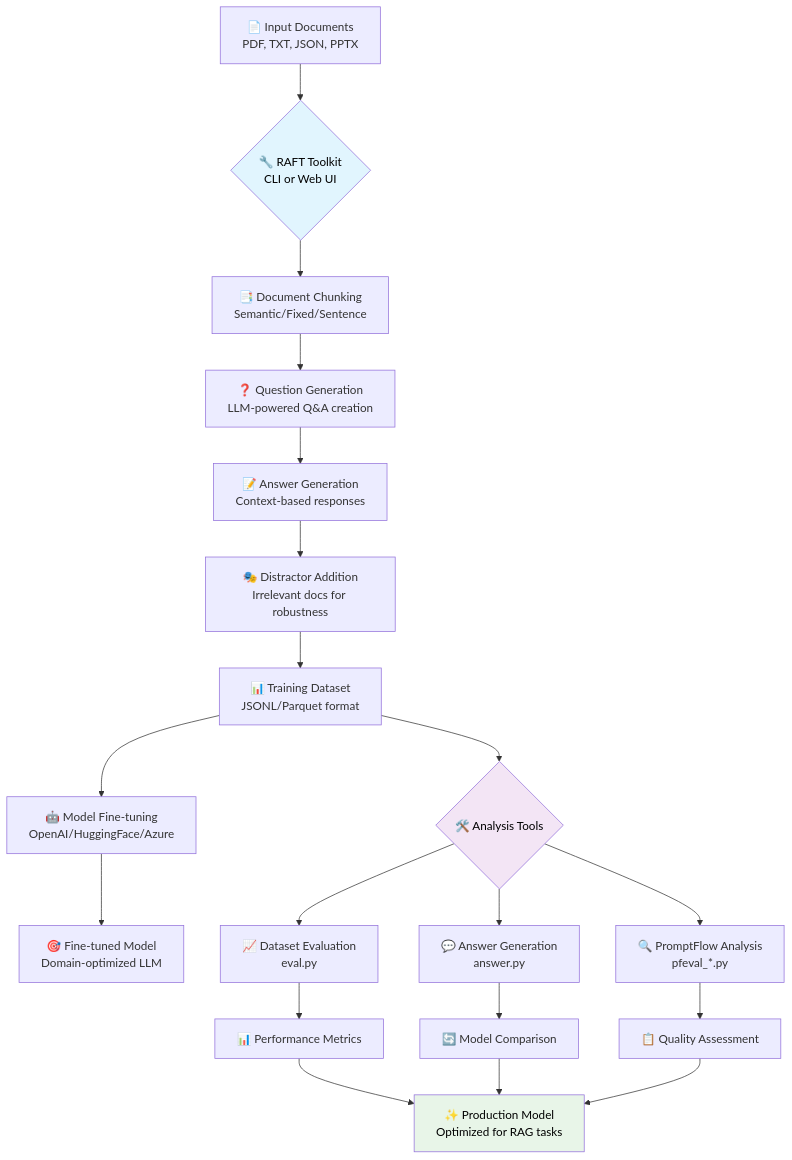
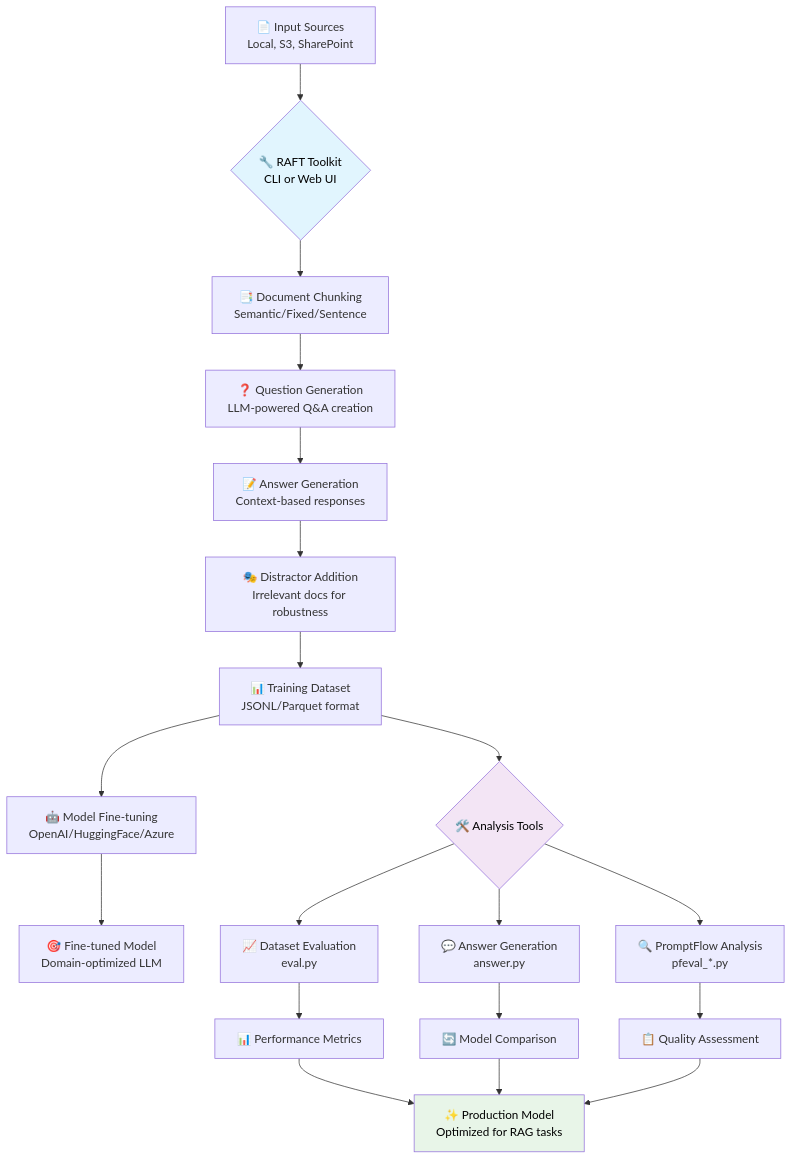
The diagram in README.md (MakerCorn/raft-toolkit), drawn with Mermaid before and after one commit. The commit also changed other lines of this file and 64 other files, not shown here.

````diff
--- a/README.md
+++ b/README.md
@@ -15,30 +15,30 @@
 ```mermaid
 graph TD
-    A[📄 Input Documents<br/>PDF, TXT, JSON, PPTX] --> B{🔧 RAFT Toolkit<br/>CLI or Web UI}
+    A[📄 Input Sources<br/>Local, S3, SharePoint] --> B{🔧 RAFT Toolkit<br/>CLI or Web UI}
     
     B --> C[📑 Document Chunking<br/>Semantic/Fixed/Sentence]
     C --> D[❓ Question Generation<br/>LLM-powered Q&A creation]
     D --> E[📝 Answer Generation<br/>Context-based responses]
     E --> F[🎭 Distractor Addition<br/>Irrelevant docs for robustness]
     F --> G[📊 Training Dataset<br/>JSONL/Parquet format]
     
     G --> H[🤖 Model Fine-tuning<br/>OpenAI/HuggingFace/Azure]
     H --> I[🎯 Fine-tuned Model<br/>Domain-optimized LLM]
     
     G --> J{🛠️ Analysis Tools}
     J --> K[📈 Dataset Evaluation<br/>eval.py]
     J --> L[💬 Answer Generation<br/>answer.py]  
     J --> M[🔍 PromptFlow Analysis<br/>pfeval_*.py]
     
     K --> N[📊 Performance Metrics]
     L --> O[🔄 Model Comparison]
     M --> P[📋 Quality Assessment]
     
     N --> Q[✨ Production Model<br/>Optimized for RAG tasks]
     O --> Q
     P --> Q
     
     style B fill:#e1f5fe,color:#000000
     style J fill:#f3e5f5,color:#000000
     style Q fill:#e8f5e8,color:#000000
 ```
````
